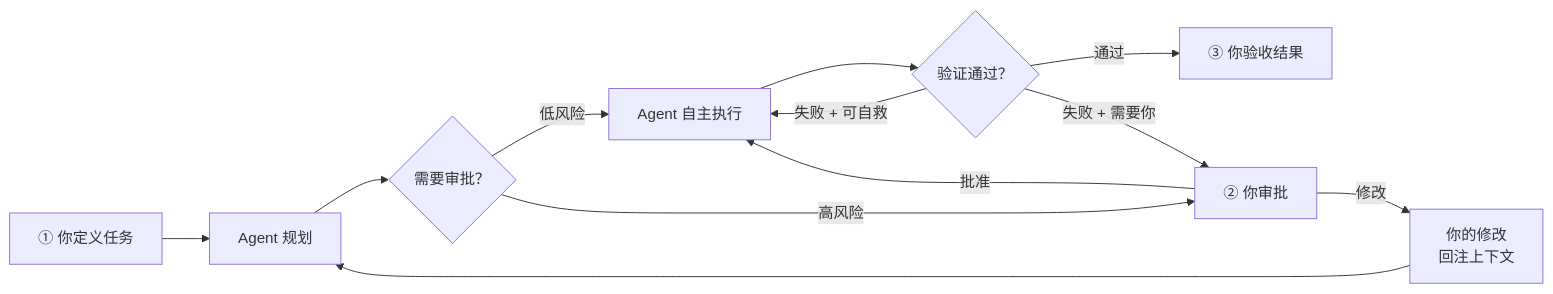
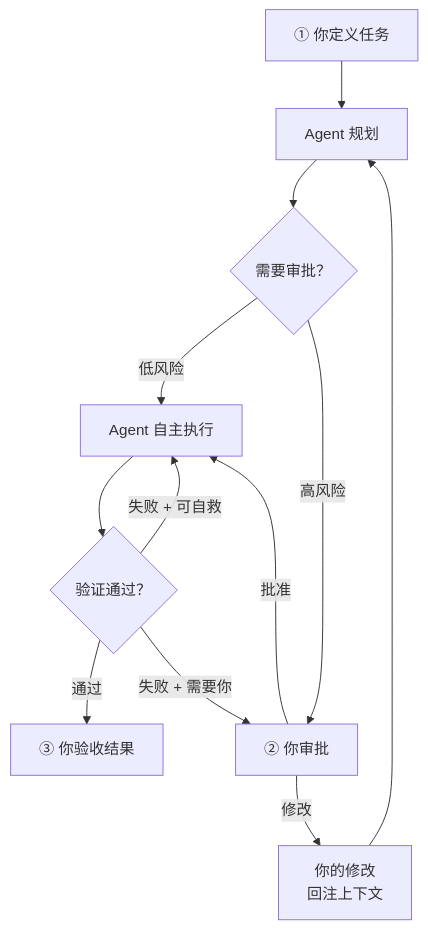
Before and after one commit to cuipengfei/adopt-agentic: the diagram in docs/guide/human-in-the-loop.md, drawn with Mermaid. The commit also changed other lines of this file and 37 other files, not shown here.

````diff
--- a/docs/guide/human-in-the-loop.md
+++ b/docs/guide/human-in-the-loop.md
@@ -32,14 +34,14 @@
 ```mermaid
-flowchart LR
+flowchart TD
     A["① 你定义任务"] --> B["Agent 规划"]
     B --> C{"需要审批？"}
     C -->|"低风险"| D["Agent 自主执行"]
     C -->|"高风险"| E["② 你审批"]
     E -->|"批准"| D
     E -->|"修改"| F["你的修改\n回注上下文"]
     F --> B
     D --> G{"验证通过？"}
     G -->|"通过"| H["③ 你验收结果"]
     G -->|"失败 + 可自救"| D
     G -->|"失败 + 需要你"| E
 ```
````
